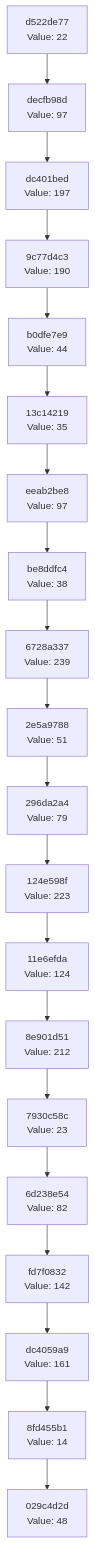
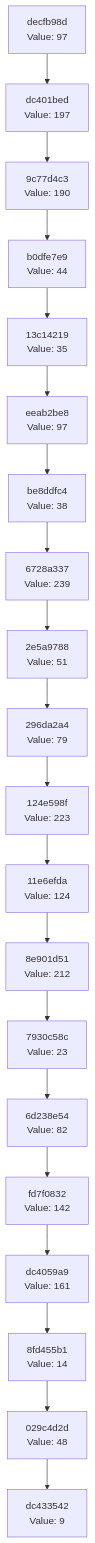
The diagram in docs/CHAIN_VISUALIZATION.md (Abhisheksinha1506/hash-chain-evolver), drawn with Mermaid before and after one commit. The commit also changed 2 other files, not shown here.

Commit message:
Evolution Step

````diff
--- a/docs/CHAIN_VISUALIZATION.md
+++ b/docs/CHAIN_VISUALIZATION.md
@@ -3,42 +3,42 @@
 ```mermaid
 graph TD
-    C0["029c4d2d<br/>Value: 48"]
-    C1["8fd455b1<br/>Value: 14"]
+    C0["dc433542<br/>Value: 9"]
+    C1["029c4d2d<br/>Value: 48"]
     C1 --> C0
-    C2["dc4059a9<br/>Value: 161"]
+    C2["8fd455b1<br/>Value: 14"]
     C2 --> C1
-    C3["fd7f0832<br/>Value: 142"]
+    C3["dc4059a9<br/>Value: 161"]
     C3 --> C2
-    C4["6d238e54<br/>Value: 82"]
+    C4["fd7f0832<br/>Value: 142"]
     C4 --> C3
-    C5["7930c58c<br/>Value: 23"]
+    C5["6d238e54<br/>Value: 82"]
     C5 --> C4
-    C6["8e901d51<br/>Value: 212"]
+    C6["7930c58c<br/>Value: 23"]
     C6 --> C5
-    C7["11e6efda<br/>Value: 124"]
+    C7["8e901d51<br/>Value: 212"]
     C7 --> C6
-    C8["124e598f<br/>Value: 223"]
+    C8["11e6efda<br/>Value: 124"]
     C8 --> C7
-    C9["296da2a4<br/>Value: 79"]
+    C9["124e598f<br/>Value: 223"]
     C9 --> C8
-    C10["2e5a9788<br/>Value: 51"]
+    C10["296da2a4<br/>Value: 79"]
     C10 --> C9
-    C11["6728a337<br/>Value: 239"]
+    C11["2e5a9788<br/>Value: 51"]
     C11 --> C10
-    C12["be8ddfc4<br/>Value: 38"]
+    C12["6728a337<br/>Value: 239"]
     C12 --> C11
-    C13["eeab2be8<br/>Value: 97"]
+    C13["be8ddfc4<br/>Value: 38"]
     C13 --> C12
-    C14["13c14219<br/>Value: 35"]
+    C14["eeab2be8<br/>Value: 97"]
     C14 --> C13
-    C15["b0dfe7e9<br/>Value: 44"]
+    C15["13c14219<br/>Value: 35"]
     C15 --> C14
-    C16["9c77d4c3<br/>Value: 190"]
+    C16["b0dfe7e9<br/>Value: 44"]
     C16 --> C15
-    C17["dc401bed<br/>Value: 197"]
+    C17["9c77d4c3<br/>Value: 190"]
     C17 --> C16
-    C18["decfb98d<br/>Value: 97"]
+    C18["dc401bed<br/>Value: 197"]
     C18 --> C17
-    C19["d522de77<br/>Value: 22"]
+    C19["decfb98d<br/>Value: 97"]
     C19 --> C18
 ```
````
